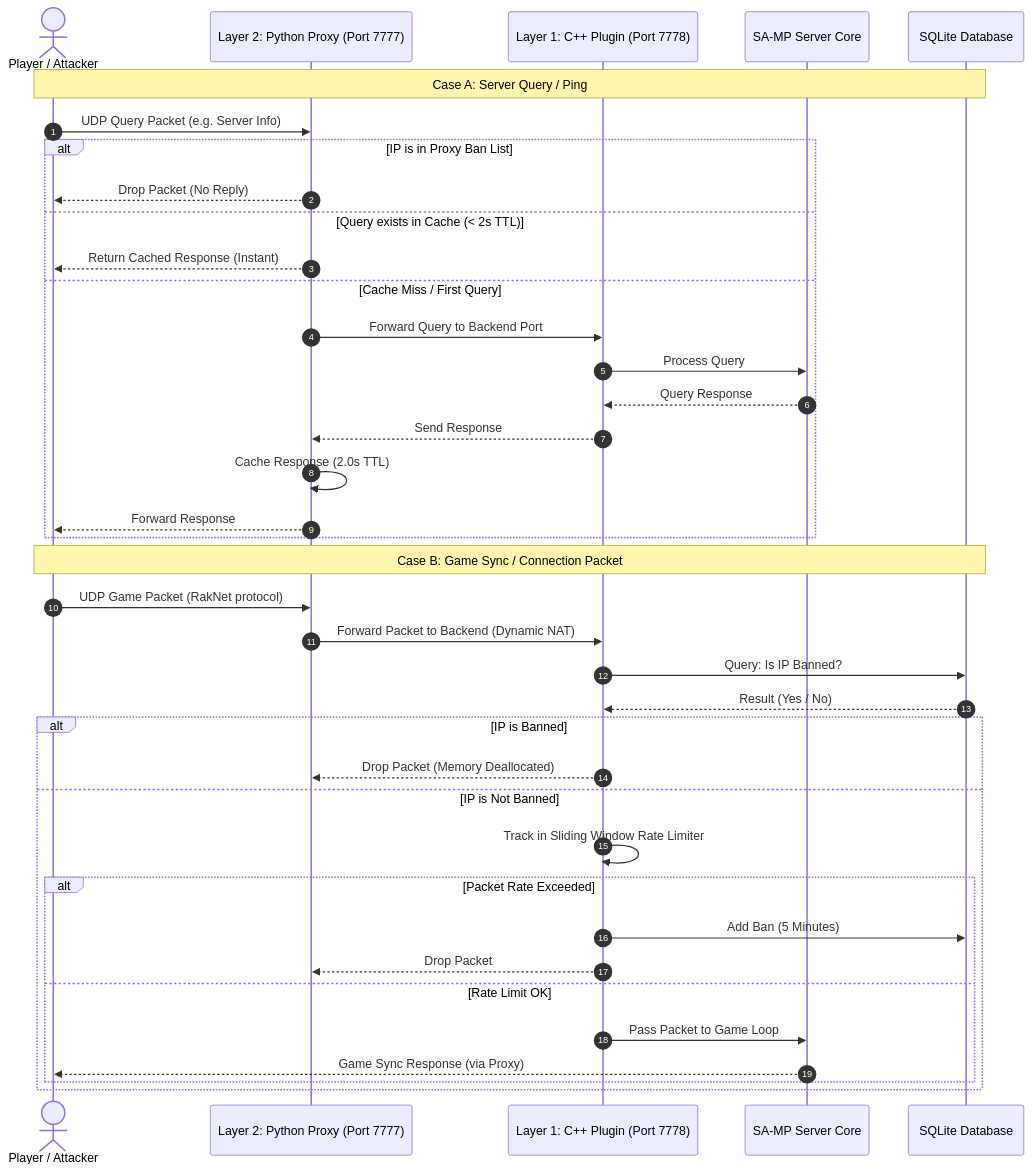
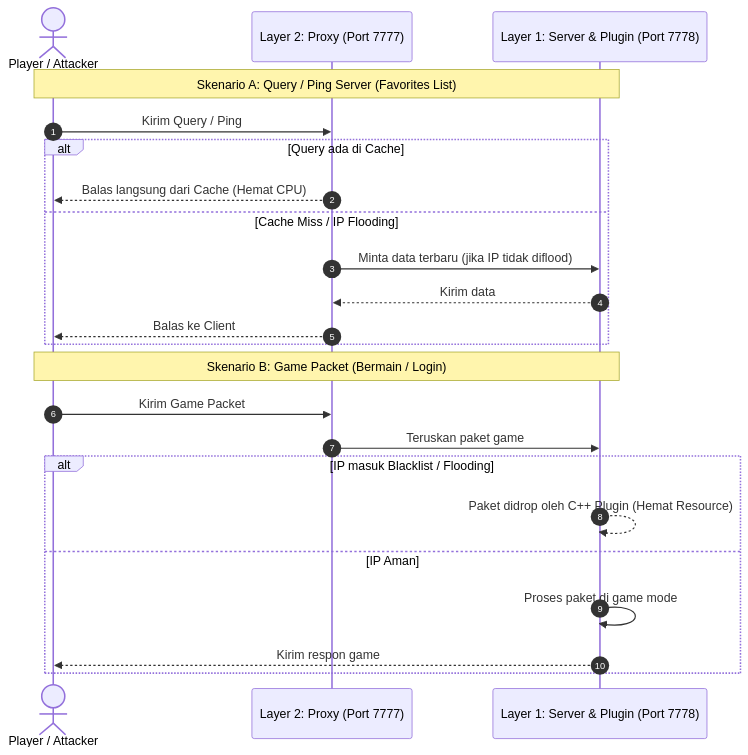
The diagram in README.md (fa33az/shieldwall), drawn with Mermaid before and after one commit.

Commit message:
Simplify README.md system architecture sequence diagram flow

````diff
--- a/README.md
+++ b/README.md
@@ -11,42 +11,27 @@
 ```mermaid
 sequenceDiagram
     autonumber
     actor Client as Player / Attacker
-    participant Proxy as Layer 2: Python Proxy (Port 7777)
-    participant Plugin as Layer 1: C++ Plugin (Port 7778)
-    participant Server as SA-MP Server Core
-    participant DB as SQLite Database
+    participant Proxy as Layer 2: Proxy (Port 7777)
+    participant Server as Layer 1: Server & Plugin (Port 7778)
 
-    note over Client, DB: Case A: Server Query / Ping
-    Client->>Proxy: UDP Query Packet (e.g. Server Info)
-    alt IP is in Proxy Ban List
-        Proxy-->>Client: Drop Packet (No Reply)
-    else Query exists in Cache (< 2s TTL)
-        Proxy-->>Client: Return Cached Response (Instant)
-    else Cache Miss / First Query
-        Proxy->>Plugin: Forward Query to Backend Port
-        Plugin->>Server: Process Query
-        Server-->>Plugin: Query Response
-        Plugin-->>Proxy: Send Response
-        Proxy->>Proxy: Cache Response (2.0s TTL)
-        Proxy-->>Client: Forward Response
+    note over Client, Server: Skenario A: Query / Ping Server (Favorites List)
+    Client->>Proxy: Kirim Query / Ping
+    alt Query ada di Cache
+        Proxy-->>Client: Balas langsung dari Cache (Hemat CPU)
+    else Cache Miss / IP Flooding
+        Proxy->>Server: Minta data terbaru (jika IP tidak diflood)
+        Server-->>Proxy: Kirim data
+        Proxy-->>Client: Balas ke Client
     end
 
-    note over Client, DB: Case B: Game Sync / Connection Packet
-    Client->>Proxy: UDP Game Packet (RakNet protocol)
-    Proxy->>Plugin: Forward Packet to Backend (Dynamic NAT)
-    Plugin->>DB: Query: Is IP Banned?
-    DB-->>Plugin: Result (Yes / No)
-    alt IP is Banned
-        Plugin-->>Proxy: Drop Packet (Memory Deallocated)
-    else IP is Not Banned
-        Plugin->>Plugin: Track in Sliding Window Rate Limiter
-        alt Packet Rate Exceeded
-            Plugin->>DB: Add Ban (5 Minutes)
-            Plugin-->>Proxy: Drop Packet
-        else Rate Limit OK
-            Plugin->>Server: Pass Packet to Game Loop
-            Server-->>Client: Game Sync Response (via Proxy)
-        end
+    note over Client, Server: Skenario B: Game Packet (Bermain / Login)
+    Client->>Proxy: Kirim Game Packet
+    Proxy->>Server: Teruskan paket game
+    alt IP masuk Blacklist / Flooding
+        Server-->>Server: Paket didrop oleh C++ Plugin (Hemat Resource)
+    else IP Aman
+        Server->>Server: Proses paket di game mode
+        Server-->>Client: Kirim respon game
     end
 ```
````
